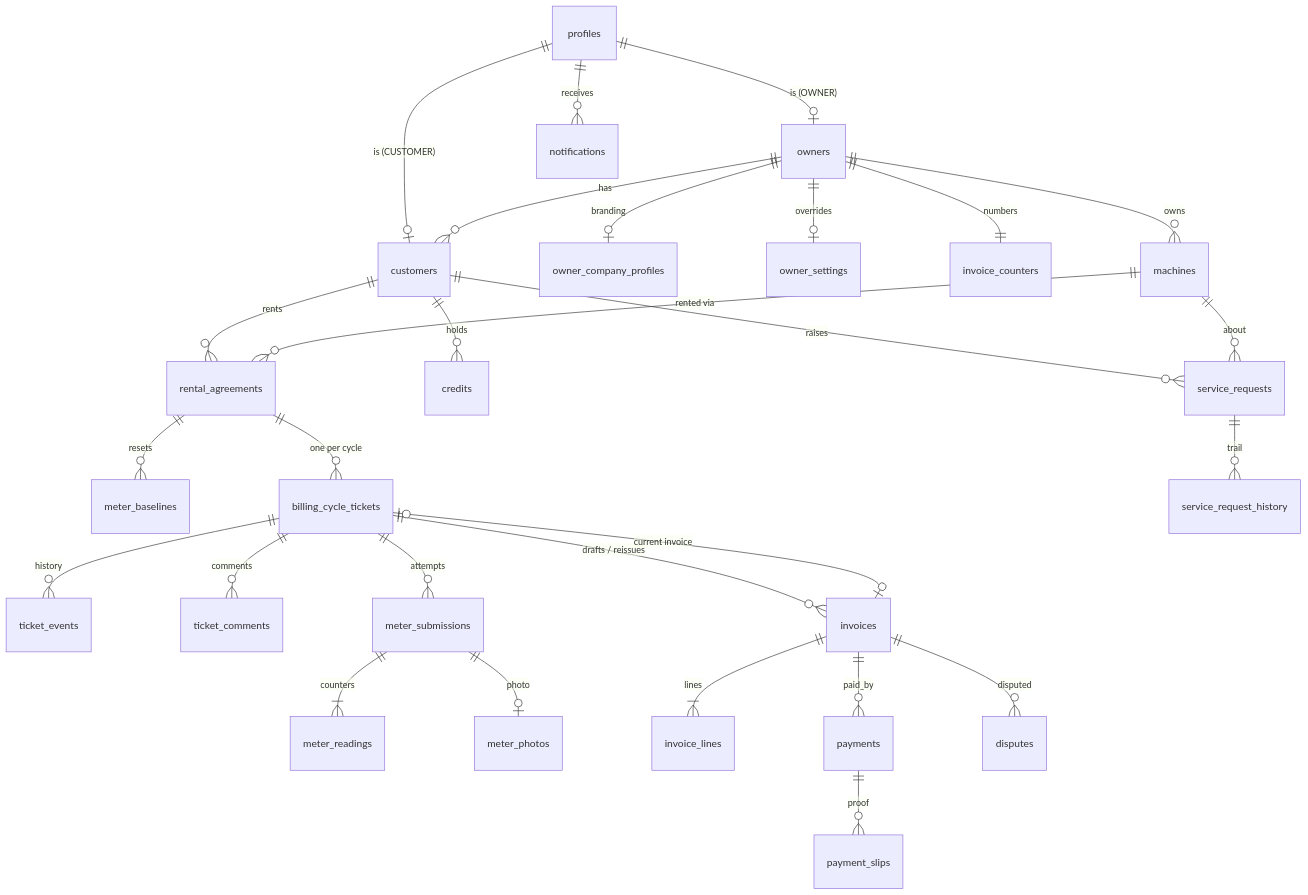
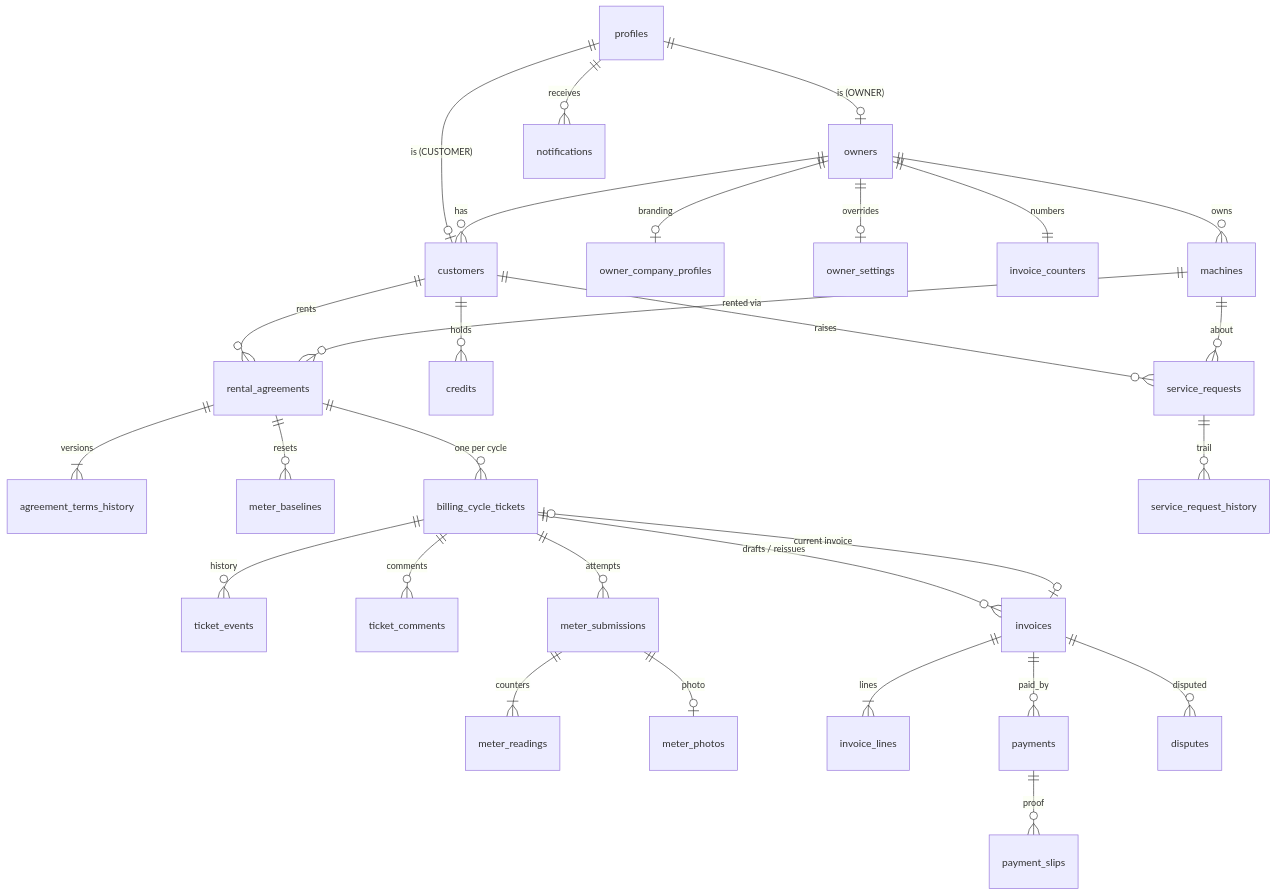
The diagram in docs/database.md (FernandoPrmu/rentdesk), drawn with Mermaid before and after one commit. The commit also changed other lines of this file and 1 other file, not shown here.

Commit message:
docs: progress and database notes for machines and agreements

````diff
--- a/docs/database.md
+++ b/docs/database.md
@@ -57,30 +59,31 @@
 ```mermaid
 erDiagram
     profiles ||--o| owners : "is (OWNER)"
     profiles ||--o| customers : "is (CUSTOMER)"
     owners ||--o| owner_company_profiles : branding
     owners ||--o| owner_settings : overrides
     owners ||--|| invoice_counters : numbers
     owners ||--o{ customers : has
     owners ||--o{ machines : owns
     customers ||--o{ rental_agreements : rents
     machines ||--o{ rental_agreements : "rented via"
+    rental_agreements ||--|{ agreement_terms_history : versions
     rental_agreements ||--o{ meter_baselines : resets
     rental_agreements ||--o{ billing_cycle_tickets : "one per cycle"
     billing_cycle_tickets ||--o{ ticket_events : history
     billing_cycle_tickets ||--o{ ticket_comments : comments
     billing_cycle_tickets ||--o{ meter_submissions : attempts
     meter_submissions ||--|{ meter_readings : counters
     meter_submissions ||--o| meter_photos : photo
     billing_cycle_tickets ||--o{ invoices : "drafts / reissues"
     billing_cycle_tickets |o--o| invoices : "current invoice"
     invoices ||--|{ invoice_lines : lines
     invoices ||--o{ payments : paid_by
     payments ||--o{ payment_slips : proof
     invoices ||--o{ disputes : disputed
     customers ||--o{ credits : holds
     customers ||--o{ service_requests : raises
     machines ||--o{ service_requests : about
     service_requests ||--o{ service_request_history : trail
     profiles ||--o{ notifications : receives
 ```
````
